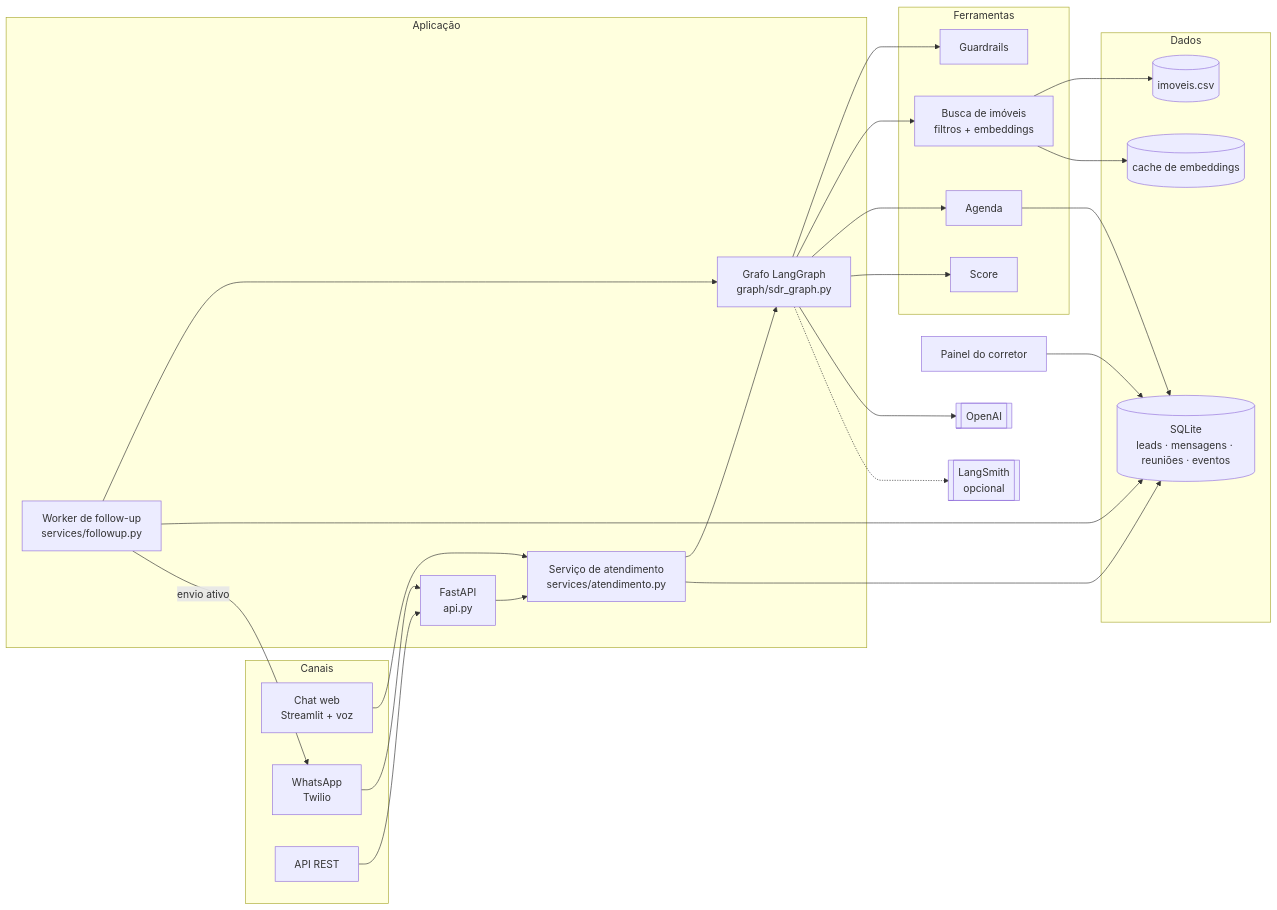
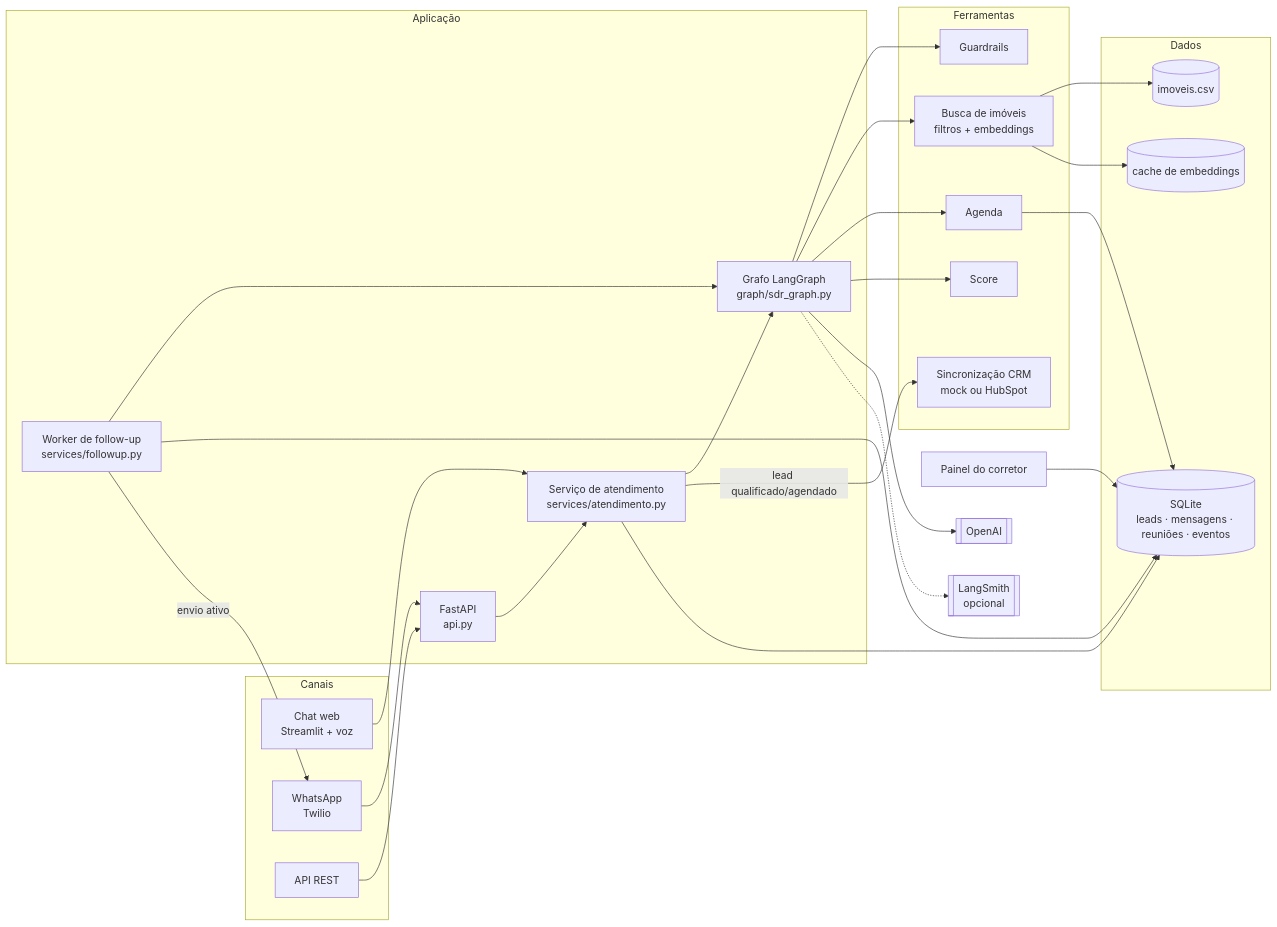
The first of 4 diagrams in docs/arquitetura.md (joaovpires/8iadt-hackaton-fase5), drawn with Mermaid before and after one commit. The commit also changed other lines of this file and 10 other files, not shown here.

Commit message:
feat: integracao com CRM (mock + HubSpot) com sincronizacao automatica e manual

````diff
--- a/docs/arquitetura.md
+++ b/docs/arquitetura.md
@@ -7,47 +7,49 @@
 ```mermaid
 flowchart LR
     subgraph Canais
         WEB[Chat web<br/>Streamlit + voz]
         WA[WhatsApp<br/>Twilio]
         REST[API REST]
     end
     subgraph Aplicação
         API[FastAPI<br/>api.py]
         SVC[Serviço de atendimento<br/>services/atendimento.py]
         FU[Worker de follow-up<br/>services/followup.py]
         G[Grafo LangGraph<br/>graph/sdr_graph.py]
     end
     subgraph Ferramentas
         SEC[Guardrails]
         RAG[Busca de imóveis<br/>filtros + embeddings]
         AG[Agenda]
         SC[Score]
+        CRM[Sincronização CRM<br/>mock ou HubSpot]
     end
     subgraph Dados
         DB[(SQLite<br/>leads · mensagens · reuniões · eventos)]
         CSV[(imoveis.csv)]
         EMB[(cache de embeddings)]
     end
     OAI[[OpenAI]]
     LS[[LangSmith<br/>opcional]]
     PAINEL[Painel do corretor]
 
     WEB --> SVC
     WA --> API
     REST --> API
     API --> SVC
     SVC --> G
     FU --> G
     G --> SEC
     G --> RAG --> CSV
     RAG --> EMB
     G --> AG
     G --> SC
+    SVC -- lead qualificado/agendado --> CRM
     G --> OAI
     G -.-> LS
     SVC --> DB
     FU --> DB
     AG --> DB
     PAINEL --> DB
     FU -- envio ativo --> WA
 ```
````
